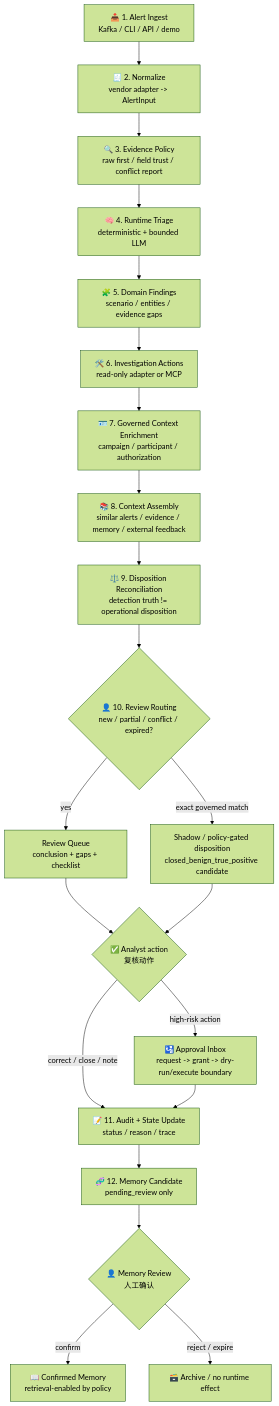
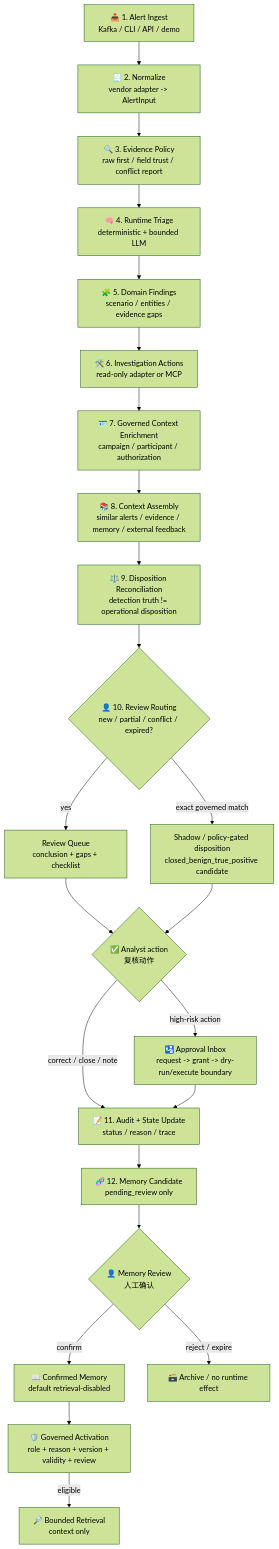
The third of 14 diagrams in .notes/ai_soc/soc-agent-solution.md (yydspanda/deer-flow), drawn with Mermaid (forest theme) before and after one commit. The commit also changed other lines of this file and 34 other files, not shown here.

Commit message:
feat(soc): govern memory retrieval activation

````diff
--- a/.notes/ai_soc/soc-agent-solution.md
+++ b/.notes/ai_soc/soc-agent-solution.md
@@ -222,23 +222,25 @@
 ```mermaid
 flowchart TD
     A["📥 1. Alert Ingest<br/>Kafka / CLI / API / demo"] --> B["🧾 2. Normalize<br/>vendor adapter -> AlertInput"]
     B --> C["🔍 3. Evidence Policy<br/>raw first / field trust / conflict report"]
     C --> D["🧠 4. Runtime Triage<br/>deterministic + bounded LLM"]
     D --> E["🧩 5. Domain Findings<br/>scenario / entities / evidence gaps"]
     E --> F["🛠️ 6. Investigation Actions<br/>read-only adapter or MCP"]
     F --> A1["🪪 7. Governed Context Enrichment<br/>campaign / participant / authorization"]
     A1 --> G["📚 8. Context Assembly<br/>similar alerts / evidence / memory / external feedback"]
     G --> D1["⚖️ 9. Disposition Reconciliation<br/>detection truth != operational disposition"]
     D1 --> H{"👤 10. Review Routing<br/>new / partial / conflict / expired?"}
     H -->|"yes"| H1["Review Queue<br/>conclusion + gaps + checklist"]
     H -->|"exact governed match"| H2["Shadow / policy-gated disposition<br/>closed_benign_true_positive candidate"]
     H1 --> I{"✅ Analyst action<br/>复核动作"}
     H2 --> I
     I -->|"correct / close / note"| J["📝 11. Audit + State Update<br/>status / reason / trace"]
     I -->|"high-risk action"| K["🛂 Approval Inbox<br/>request -> grant -> dry-run/execute boundary"]
     J --> L["🧬 12. Memory Candidate<br/>pending_review only"]
     K --> J
     L --> M{"👤 Memory Review<br/>人工确认"}
-    M -->|"confirm"| N["📖 Confirmed Memory<br/>retrieval-enabled by policy"]
+    M -->|"confirm"| N["📖 Confirmed Memory<br/>default retrieval-disabled"]
+    N --> P["🛡️ Governed Activation<br/>role + reason + version + validity + review"]
+    P -->|"eligible"| Q["🔎 Bounded Retrieval<br/>context only"]
     M -->|"reject / expire"| O["🗃️ Archive / no runtime effect"]
 ```
````
